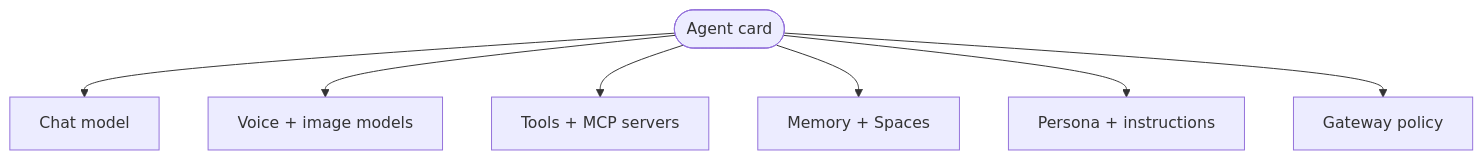
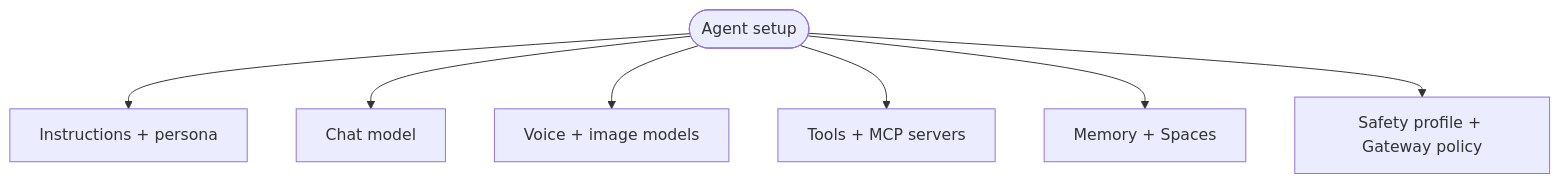
The diagram in content/docs/learn/academy/operator/agents-as-cards.mdx (amajorai/ryu-docs), drawn with Mermaid before and after one commit. The commit also changed other lines of this file and 968 other files, not shown here.

````diff
--- a/content/docs/learn/academy/operator/agents-as-cards.mdx
+++ b/content/docs/learn/academy/operator/agents-as-cards.mdx
@@ -18,10 +20,10 @@
 ```mermaid
 flowchart TB
-  Card([Agent card])
-  Card --> M[Chat model]
-  Card --> V[Voice + image models]
-  Card --> T[Tools + MCP servers]
-  Card --> Mem[Memory + Spaces]
-  Card --> P[Persona + instructions]
-  Card --> Pol[Gateway policy]
+  Setup([Agent setup])
+  Setup --> I[Instructions + persona]
+  Setup --> M[Chat model]
+  Setup --> V[Voice + image models]
+  Setup --> T[Tools + MCP servers]
+  Setup --> Mem[Memory + Spaces]
+  Setup --> Pol[Safety profile + Gateway policy]
 ```
````
